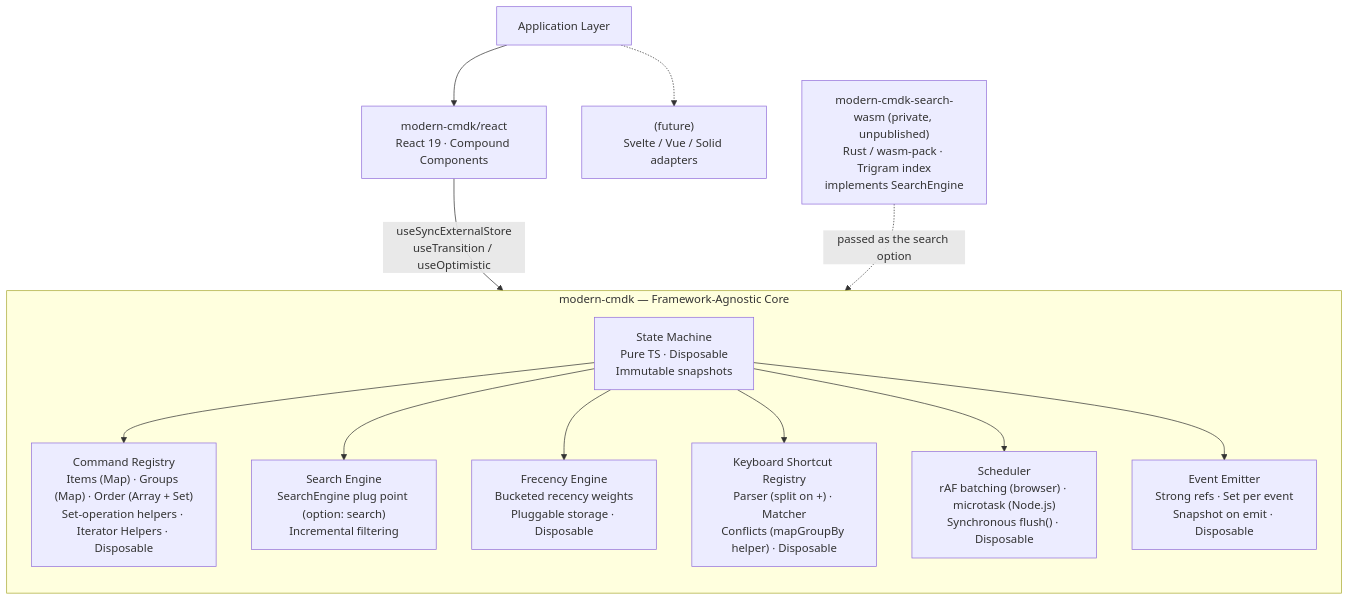
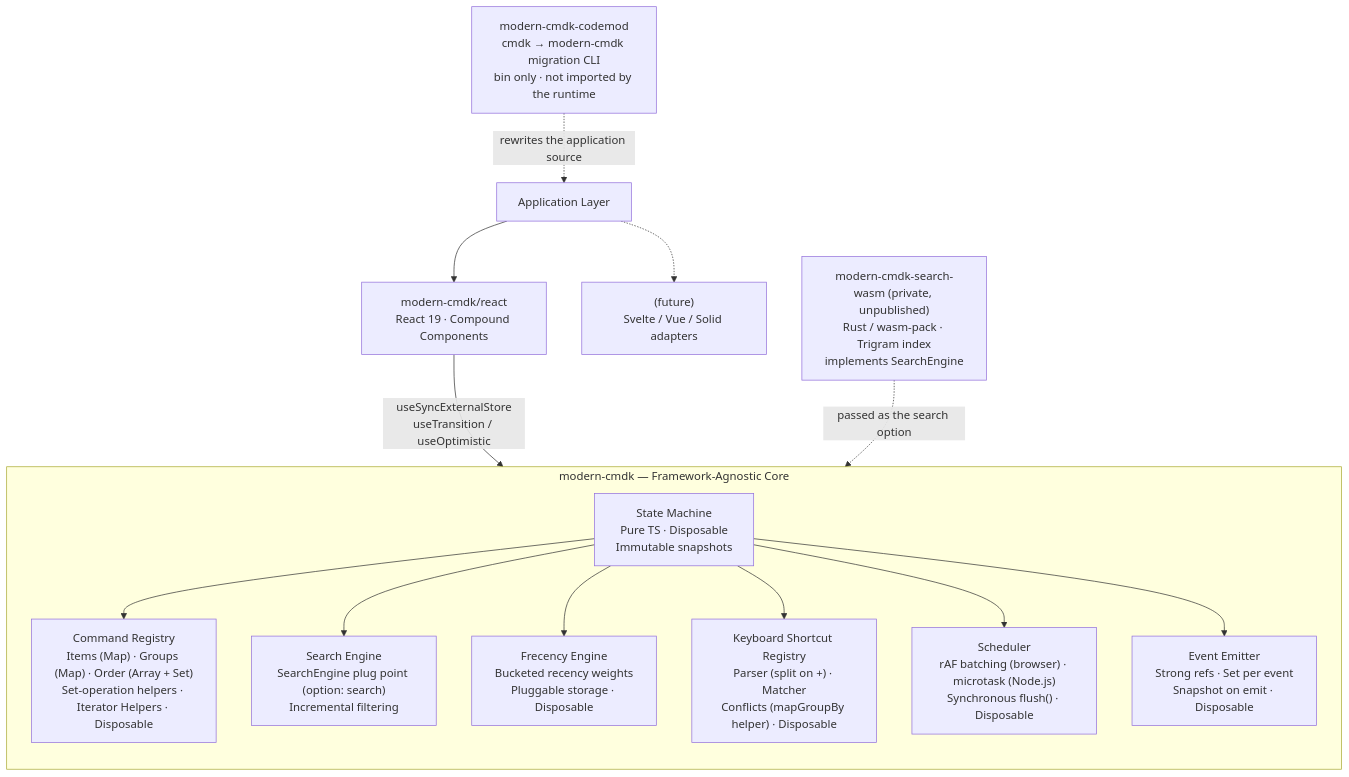
Before and after one commit to ABCrimson/modern-cmdk: the first of 5 diagrams in ARCHITECTURE.md, drawn with Mermaid. The commit also changed other lines of this file and 5 other files, not shown here.

````diff
--- a/ARCHITECTURE.md
+++ b/ARCHITECTURE.md
@@ -45,31 +45,33 @@
 ```mermaid
 flowchart TB
     App["Application Layer"]
 
     React["modern-cmdk/react<br/>React 19 · Compound Components"]
+    Codemod["modern-cmdk-codemod<br/>cmdk → modern-cmdk migration CLI<br/>bin only · not imported by the runtime"]
     Future["(future)<br/>Svelte / Vue / Solid adapters"]
 
     subgraph core ["modern-cmdk — Framework-Agnostic Core"]
         direction TB
         SM["State Machine<br/>Pure TS · Disposable<br/>Immutable snapshots"]
         SE["Search Engine<br/>SearchEngine plug point (option: search)<br/>Incremental filtering"]
         FE["Frecency Engine<br/>Bucketed recency weights<br/>Pluggable storage · Disposable"]
         REG["Command Registry<br/>Items (Map) · Groups (Map) · Order (Array + Set)<br/>Set-operation helpers · Iterator Helpers · Disposable"]
         KB["Keyboard Shortcut Registry<br/>Parser (split on +) · Matcher<br/>Conflicts (mapGroupBy helper) · Disposable"]
         SCH["Scheduler<br/>rAF batching (browser) · microtask (Node.js)<br/>Synchronous flush() · Disposable"]
         EM["Event Emitter<br/>Strong refs · Set per event<br/>Snapshot on emit · Disposable"]
         SM --> REG
         SM --> SE
         SM --> FE
         SM --> KB
         SM --> SCH
         SM --> EM
     end
 
     WASM["modern-cmdk-search-wasm (private, unpublished)<br/>Rust / wasm-pack · Trigram index<br/>implements SearchEngine"]
 
     App --> React
     App -.-> Future
+    Codemod -.->|"rewrites the application source"| App
     React -->|"useSyncExternalStore<br/>useTransition / useOptimistic"| core
     WASM -.->|"passed as the search option"| core
 ```
````
